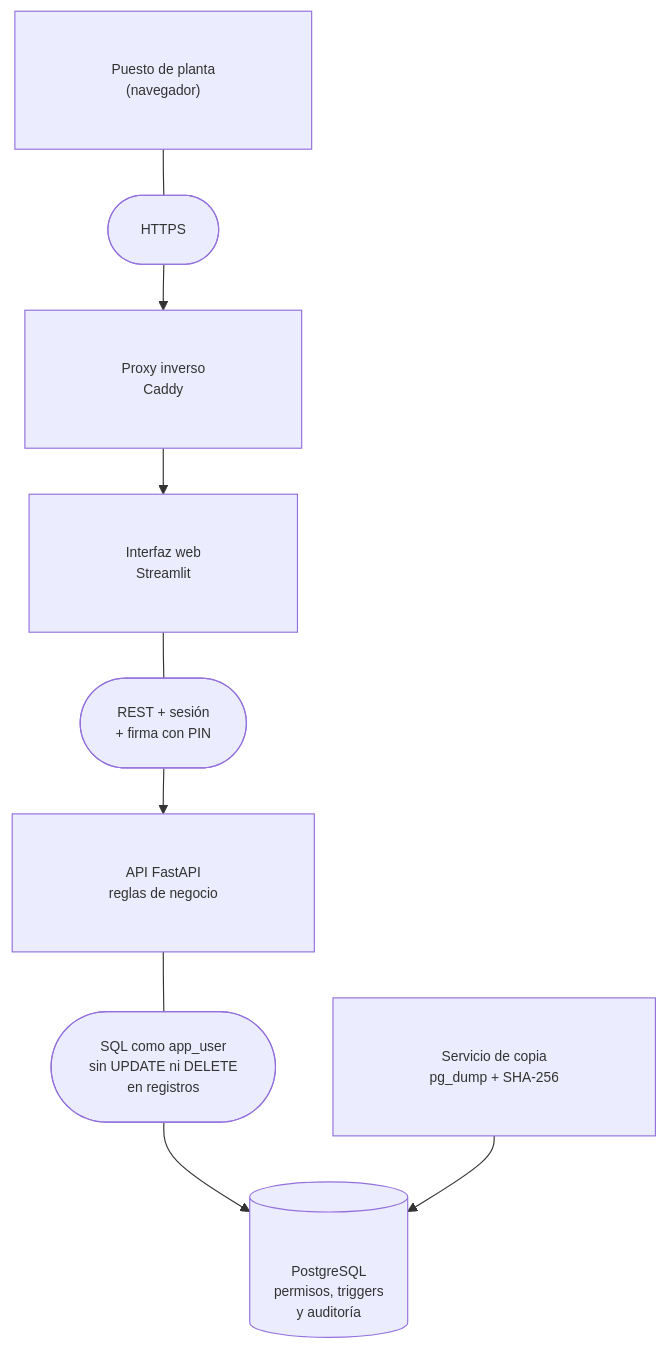
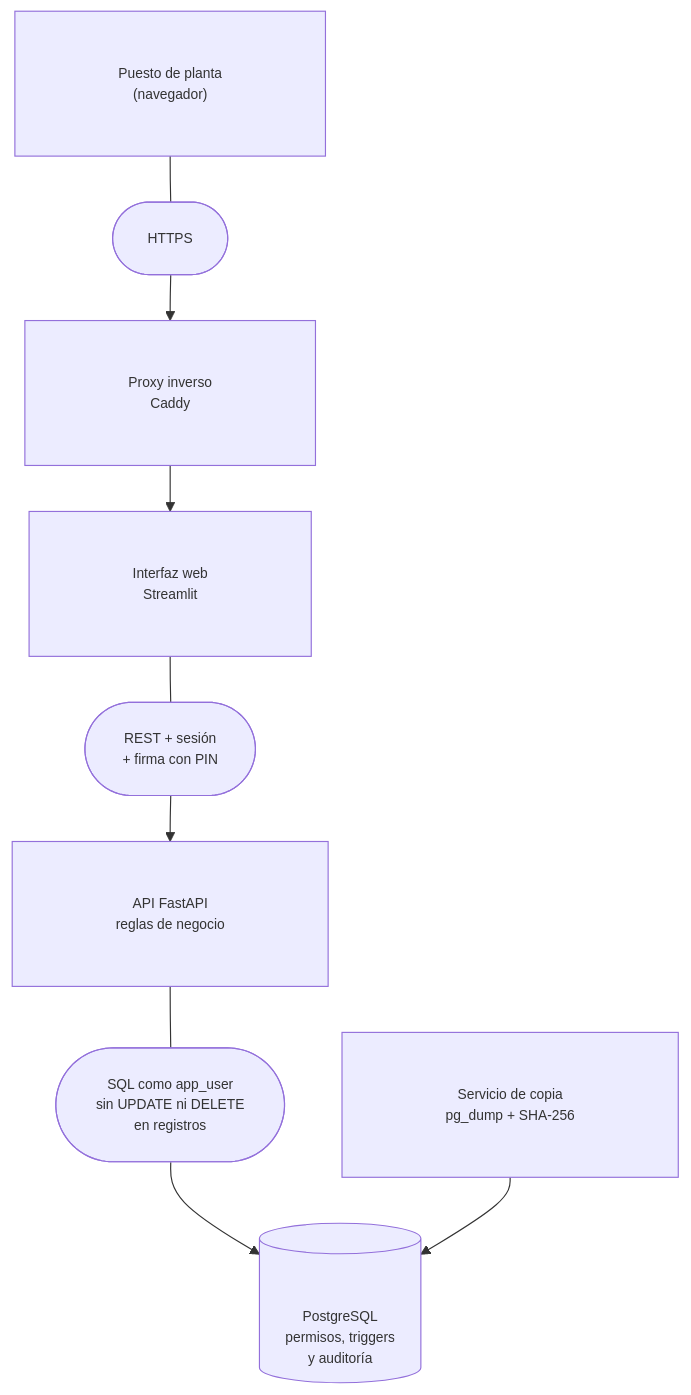
Before and after one commit to Aless-Mereu/Escaparate-Libro-Diligenciado-Digital: the diagram in README.md, drawn with Mermaid.

Commit message:
cambios estéticos menores

````diff
--- a/README.md
+++ b/README.md
@@ -63,11 +63,11 @@
 ```mermaid
-%%{init: {"themeVariables": {"fontSize": "12px", "fontFamily": "Arial, Helvetica, sans-serif"}, "flowchart": {"htmlLabels": false, "padding": 42, "nodeSpacing": 50, "rankSpacing": 40}}}%%
+%%{init: {"themeVariables": {"fontSize": "12px", "fontFamily": "Arial, Helvetica, sans-serif"}, "flowchart": {"htmlLabels": false, "padding": 45, "nodeSpacing": 50, "rankSpacing": 40}}}%%
 flowchart TD
     %% Los textos de las flechas van en cajas propias (forma redondeada):
     %% las cajas tienen fondo opaco y la flecha no las atraviesa.
     A["Puesto de planta<br/>(navegador)"] --- C1(["HTTPS"]) --> P["Proxy inverso<br/>Caddy"]
     P --> F["Interfaz web<br/>Streamlit"]
     F --- C2(["REST + sesión<br/>+ firma con PIN"]) --> B["API FastAPI<br/>reglas de negocio"]
     B --- C3(["SQL como app_user<br/>sin UPDATE ni DELETE<br/>en registros"]) --> D[("PostgreSQL<br/>permisos, triggers<br/>y auditoría")]
     K["Servicio de copia<br/>pg_dump + SHA-256"] --> D
 ```
````
